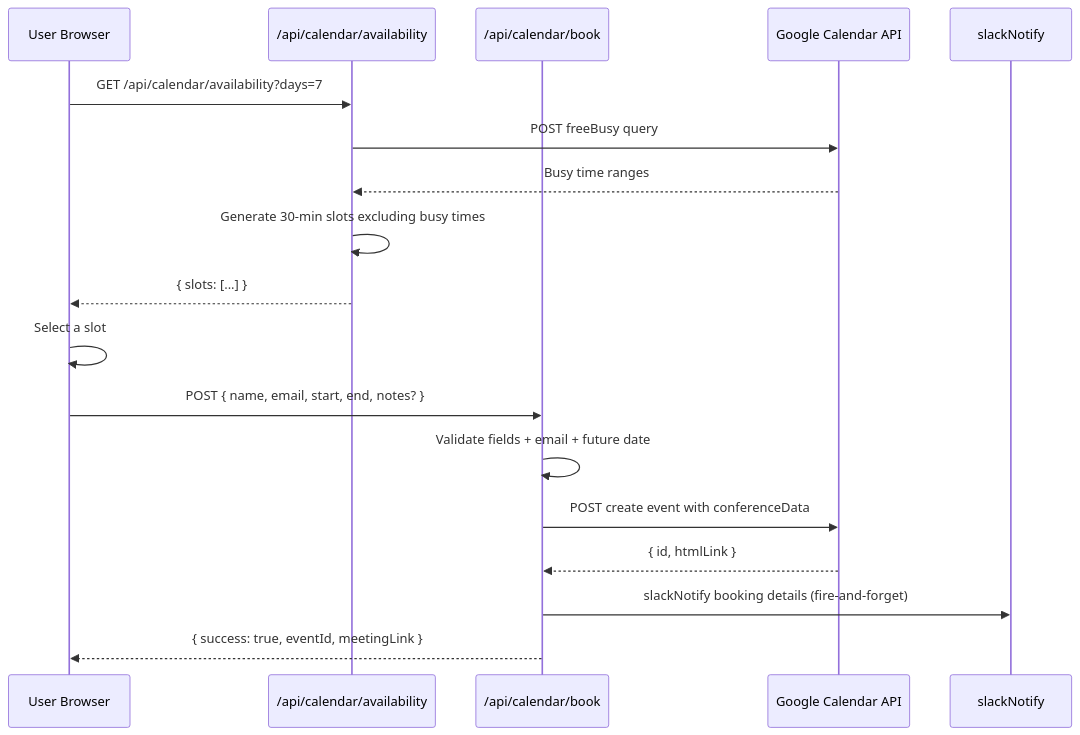
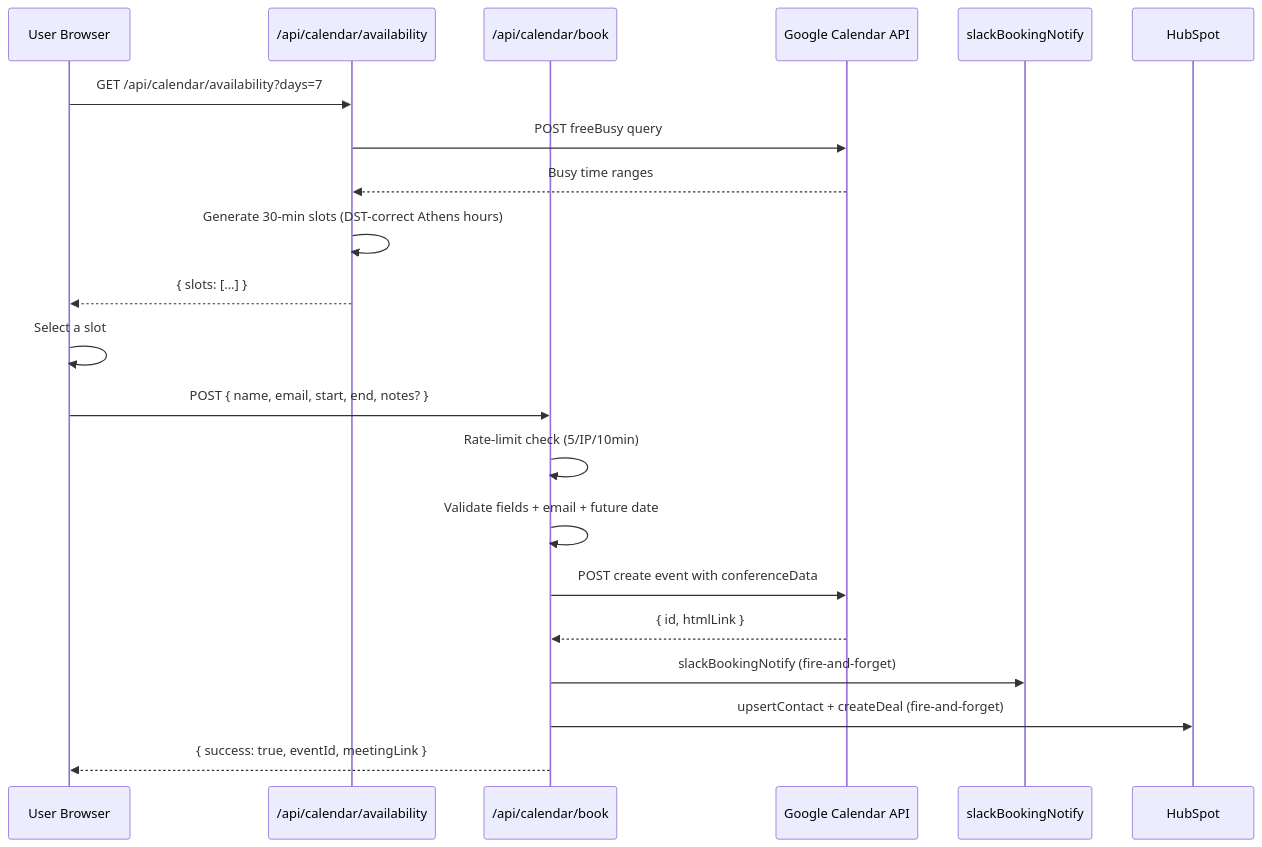
One commit to Themis128/cloudless.gr changed the third of 3 diagrams in docs/GOOGLE-CALENDAR.md. Above: the diagram before and after it, drawn with Mermaid. The commit also changed other lines of this file and 7 other files, not shown here.

First line of the commit message:
fix(calendar+gsc): slackBookingNotify Block Kit, days/weeks min clamp, updated docs

````diff
--- a/docs/GOOGLE-CALENDAR.md
+++ b/docs/GOOGLE-CALENDAR.md
@@ -133,21 +144,24 @@
 ```mermaid
 sequenceDiagram
     participant User as User Browser
     participant Avail as /api/calendar/availability
     participant Book as /api/calendar/book
     participant GCal as Google Calendar API
-    participant Slack as slackNotify
+    participant Slack as slackBookingNotify
+    participant HS as HubSpot
     User->>Avail: GET /api/calendar/availability?days=7
     Avail->>GCal: POST freeBusy query
     GCal-->>Avail: Busy time ranges
-    Avail->>Avail: Generate 30-min slots excluding busy times
+    Avail->>Avail: Generate 30-min slots (DST-correct Athens hours)
     Avail-->>User: { slots: [...] }
 
     User->>User: Select a slot
     User->>Book: POST { name, email, start, end, notes? }
+    Book->>Book: Rate-limit check (5/IP/10min)
     Book->>Book: Validate fields + email + future date
     Book->>GCal: POST create event with conferenceData
     GCal-->>Book: { id, htmlLink }
-    Book->>Slack: slackNotify booking details (fire-and-forget)
+    Book->>Slack: slackBookingNotify (fire-and-forget)
+    Book->>HS: upsertContact + createDeal (fire-and-forget)
     Book-->>User: { success: true, eventId, meetingLink }
 ```
````
